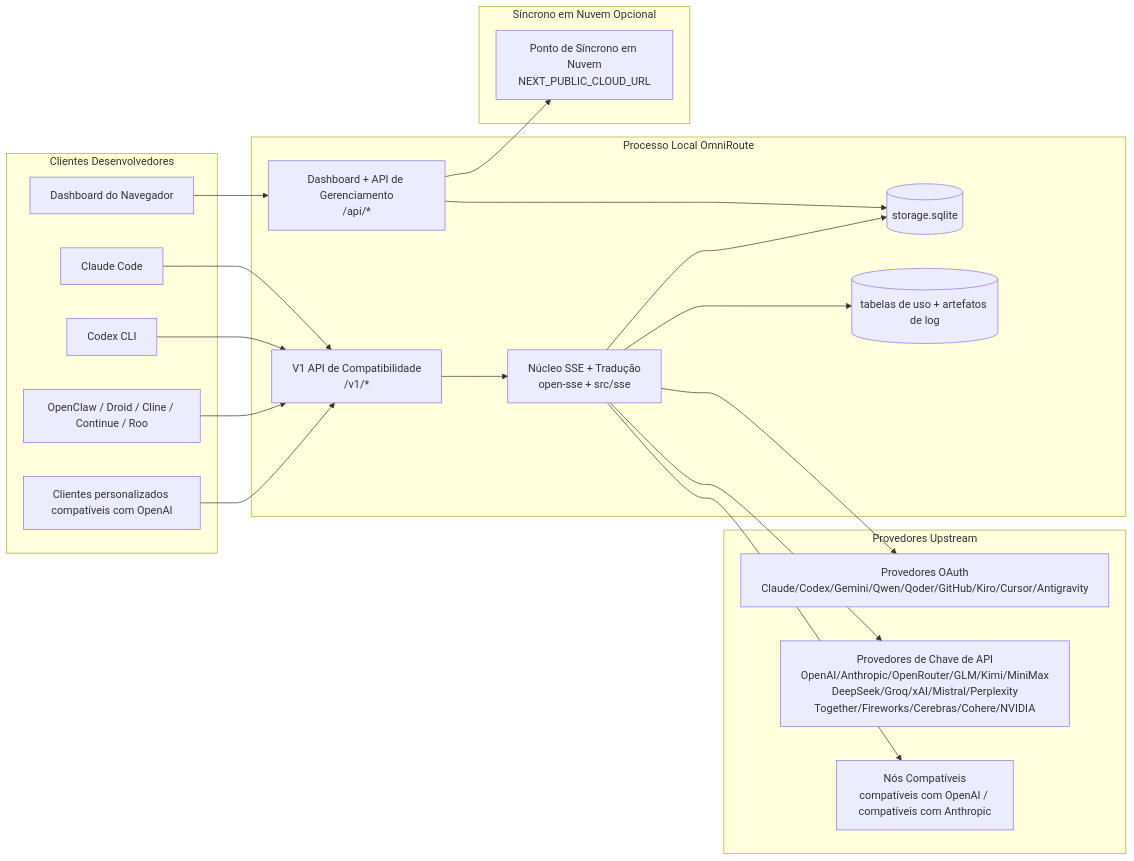
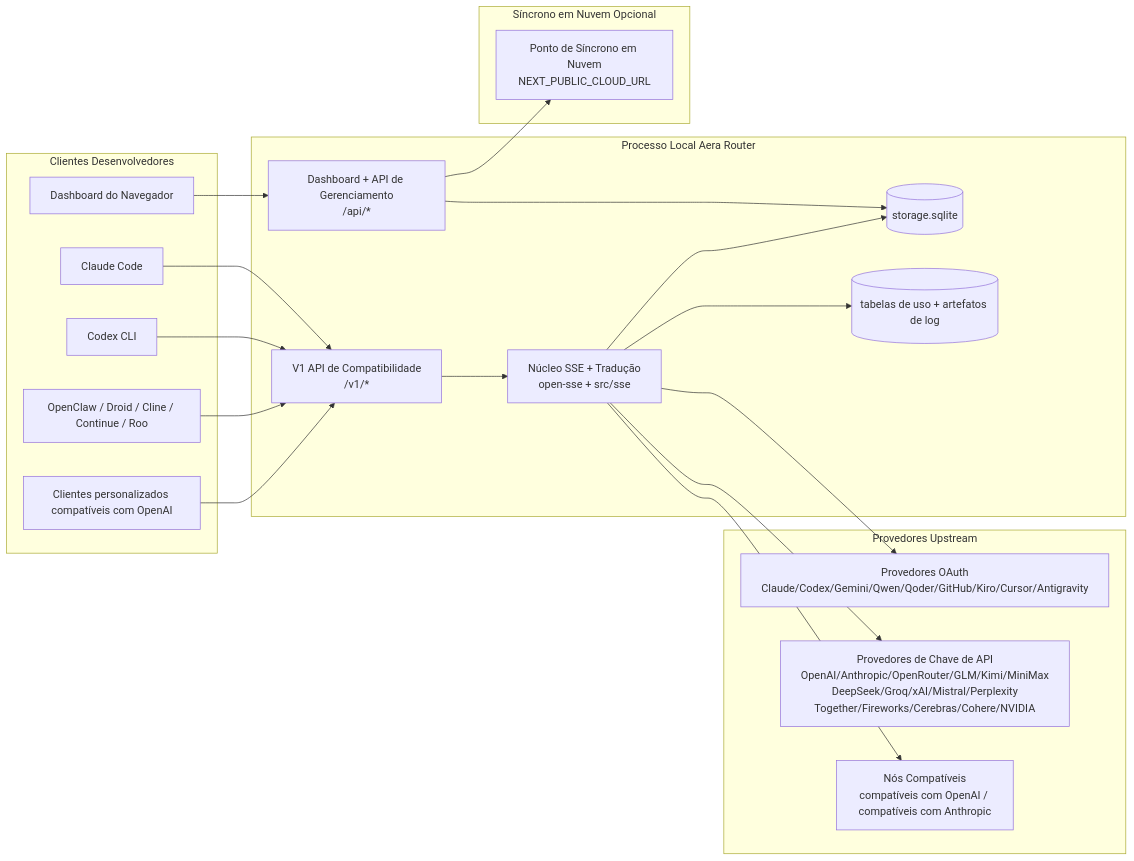
One commit to manoj-dahal/Aera-router changed the first of 7 diagrams in docs/i18n/pt-BR/docs/architecture/ARCHITECTURE.md. Above: the diagram before and after it, drawn with Mermaid. The commit also changed other lines of this file and 4210 other files, not shown here.

````diff
--- a/docs/i18n/pt-BR/docs/architecture/ARCHITECTURE.md
+++ b/docs/i18n/pt-BR/docs/architecture/ARCHITECTURE.md
@@ -167,45 +167,45 @@
 ```mermaid
 flowchart LR
     subgraph Clients[Clientes Desenvolvedores]
         C1[Claude Code]
         C2[Codex CLI]
         C3[OpenClaw / Droid / Cline / Continue / Roo]
         C4[Clientes personalizados compatíveis com OpenAI]
         BROWSER[Dashboard do Navegador]
     end
 
-    subgraph Router[Processo Local OmniRoute]
+    subgraph Router[Processo Local Aera Router]
         API[V1 API de Compatibilidade\n/v1/*]
         DASH[Dashboard + API de Gerenciamento\n/api/*]
         CORE[Núcleo SSE + Tradução\nopen-sse + src/sse]
         DB[(storage.sqlite)]
         UDB[(tabelas de uso + artefatos de log)]
     end
 
     subgraph Upstreams[Provedores Upstream]
         P1[Provedores OAuth\nClaude/Codex/Gemini/Qwen/Qoder/GitHub/Kiro/Cursor/Antigravity]
         P2[Provedores de Chave de API\nOpenAI/Anthropic/OpenRouter/GLM/Kimi/MiniMax\nDeepSeek/Groq/xAI/Mistral/Perplexity\nTogether/Fireworks/Cerebras/Cohere/NVIDIA]
         P3[Nós Compatíveis\ncompatíveis com OpenAI / compatíveis com Anthropic]
     end
 
     subgraph Cloud[Síncrono em Nuvem Opcional]
         CLOUD[Ponto de Síncrono em Nuvem\nNEXT_PUBLIC_CLOUD_URL]
     end
 
     C1 --> API
     C2 --> API
     C3 --> API
     C4 --> API
     BROWSER --> DASH
 
     API --> CORE
     DASH --> DB
     CORE --> DB
     CORE --> UDB
 
     CORE --> P1
     CORE --> P2
     CORE --> P3
 
     DASH --> CLOUD
 ```
````
